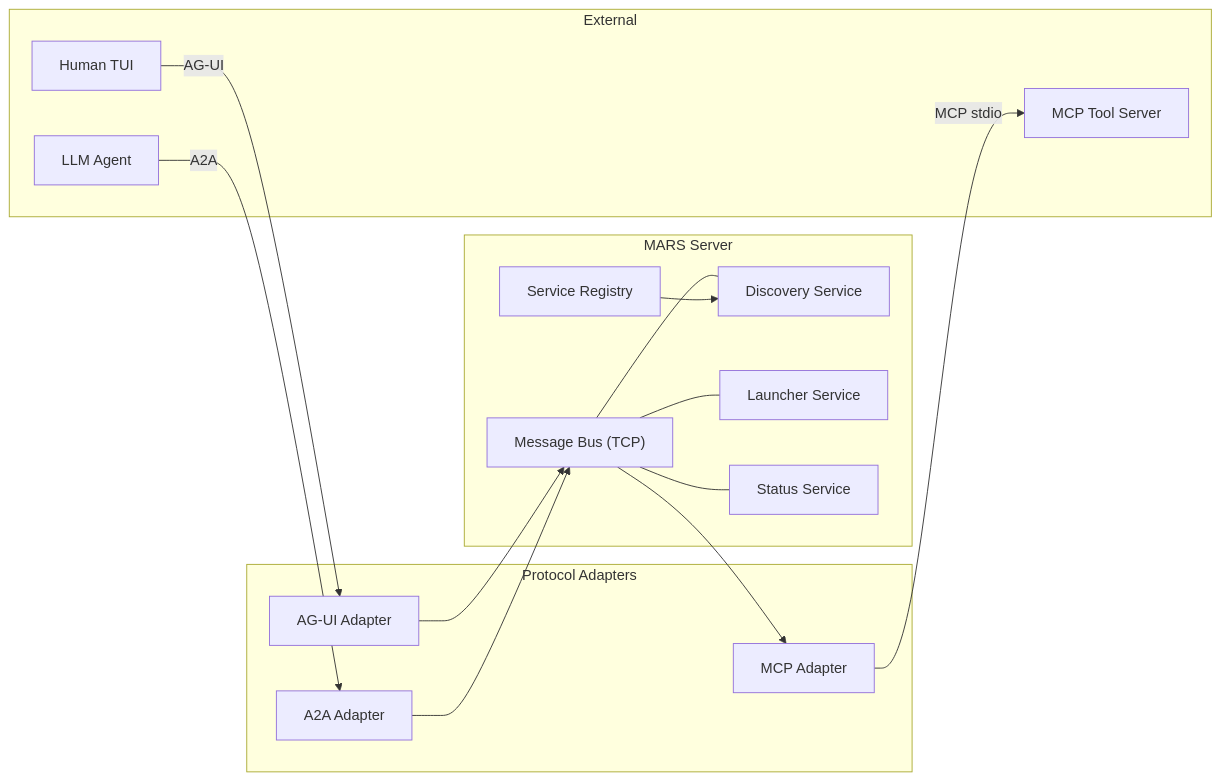
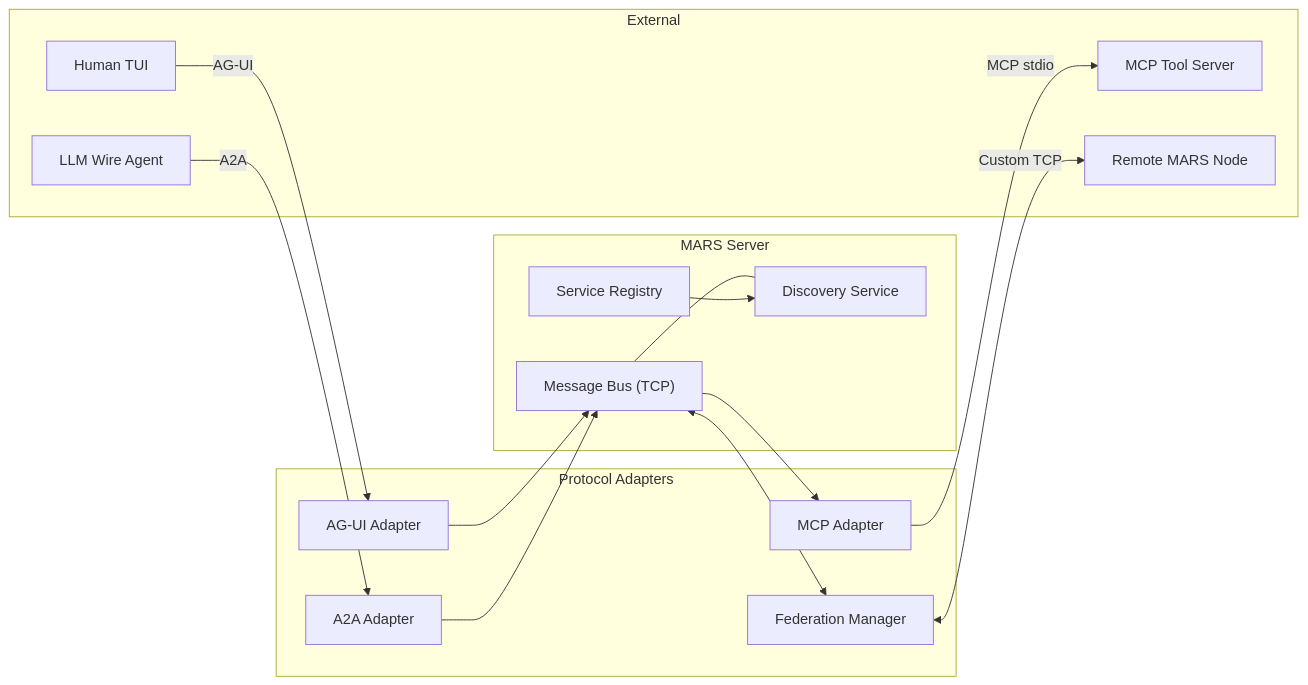
One commit to McNopper/MARS changed the third of 3 diagrams in README.md. Above: the diagram before and after it, drawn with Mermaid. The commit also changed other lines of this file, not shown here.

First line of the commit message:
docs: rewrite README to current status quo, add papers section

````diff
--- a/README.md
+++ b/README.md
@@ -181,30 +208,29 @@
 ```mermaid
 graph LR
     subgraph "MARS Server"
         Bus["Message Bus (TCP)"]
         Reg["Service Registry"]
         Disc["Discovery Service"]
-        Launcher["Launcher Service"]
-        Status["Status Service"]
     end
 
     subgraph "Protocol Adapters"
         AGUI["AG-UI Adapter"]
         A2A["A2A Adapter"]
         MCP["MCP Adapter"]
+        Fed["Federation Manager"]
     end
 
     subgraph "External"
         Human["Human TUI"]
-        Agent["LLM Agent"]
+        LLM["LLM Wire Agent"]
         Tool["MCP Tool Server"]
+        Peer["Remote MARS Node"]
     end
 
     Human -->|AG-UI| AGUI --> Bus
-    Agent -->|A2A| A2A --> Bus
+    LLM -->|A2A| A2A --> Bus
     Bus --> MCP -->|MCP stdio| Tool
     Bus --- Disc
-    Bus --- Launcher
-    Bus --- Status
     Reg --> Disc
+    Bus <--> Fed <-->|Custom TCP| Peer
 ```
````
